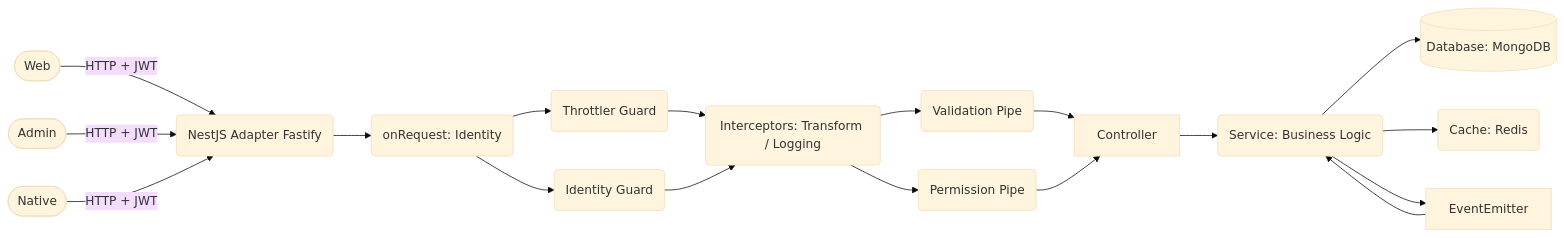
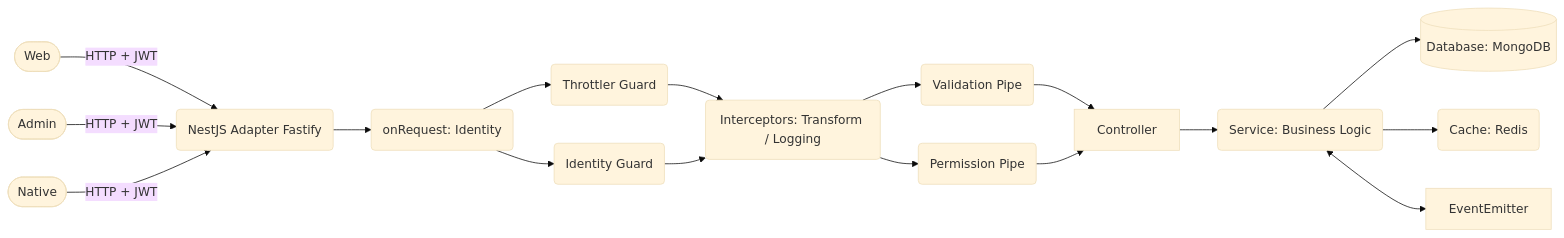
Before and after one commit to surmon-china/nodepress: the first of 3 diagrams in ARCHITECTURE.md, drawn with Mermaid (base theme). The commit also changed other lines of this file, not shown here.

````diff
--- a/ARCHITECTURE.md
+++ b/ARCHITECTURE.md
@@ -55,21 +55,19 @@
 ```mermaid
 flowchart LR
     Web([Web]) --> |HTTP + JWT| Fastify
     Admin([Admin]) --> |HTTP + JWT| Fastify
     Native([Native]) --> |HTTP + JWT| Fastify
     Fastify(NestJS Adapter Fastify) --> Hook(onRequest: Identity)
     Hook --> ThrottlerGuard(Throttler Guard)
     Hook --> IdentityGuard(Identity Guard)
     ThrottlerGuard --> Interceptors(Interceptors: Transform / Logging)
     IdentityGuard --> Interceptors(Interceptors: Transform / Logging)
     Interceptors --> ValidationPipe(Validation Pipe)
     Interceptors --> PermissionPipe(Permission Pipe)
     ValidationPipe --> Controller
     PermissionPipe --> Controller
     Controller --> Service(Service: Business Logic)
     Service --> Database[(Database: MongoDB)]
     Service --> Cache(Cache: Redis)
-    Service --> EventEmitter
-    EventEmitter --> Service
-
+    Service <--> EventEmitter
 ```
````
